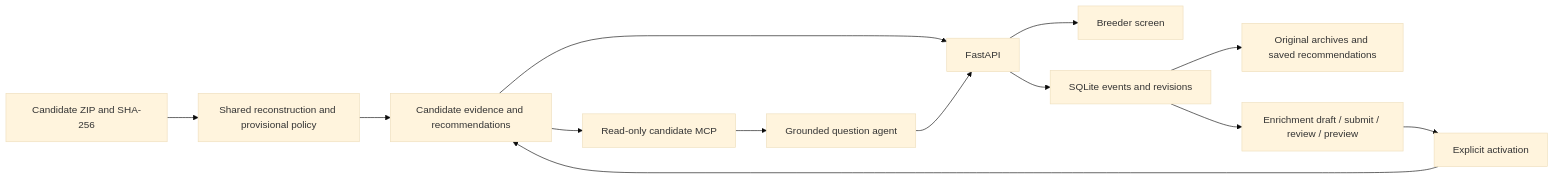
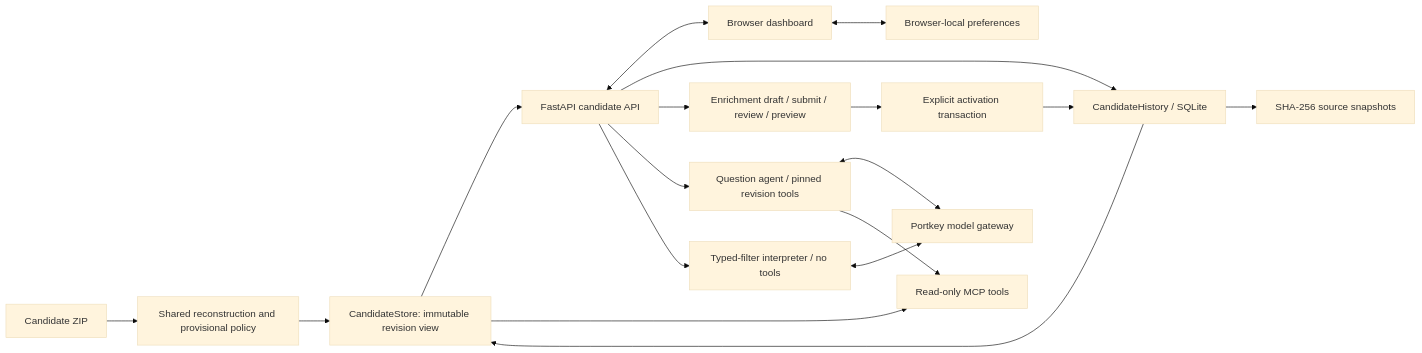
Before and after one commit to fullerharrison/2026_hatchworks-hakathon-team-4: the diagram in app/ARCHITECTURE.md, drawn with Mermaid (base theme). The commit also changed other lines of this file and 45 other files, not shown here.

Commit message:
Complete breeder review workflows and prepare private team handoff

````diff
--- a/app/ARCHITECTURE.md
+++ b/app/ARCHITECTURE.md
@@ -5,15 +7,20 @@
 ```mermaid
 flowchart LR
-    ZIP[Candidate ZIP and SHA-256] --> Core[Shared reconstruction and provisional policy]
-    Core --> Store[Candidate evidence and recommendations]
-    Store --> API[FastAPI]
-    Store --> MCP[Read-only candidate MCP]
-    API --> UI[Breeder screen]
-    MCP --> Agent[Grounded question agent]
-    Agent --> API
-    API --> DB[SQLite events and revisions]
-    DB --> Snapshots[Original archives and saved recommendations]
-    DB --> Review[Enrichment draft / submit / review / preview]
-    Review --> Activate[Explicit activation]
-    Activate --> Store
+    ZIP[Candidate ZIP] --> Core[Shared reconstruction and provisional policy]
+    Core --> Store[CandidateStore: immutable revision view]
+    Store --> API[FastAPI candidate API]
+    Store --> MCP[Read-only MCP tools]
+    API <--> UI[Browser dashboard]
+    UI <--> Prefs[Browser-local preferences]
+    API --> History[CandidateHistory / SQLite]
+    History --> Archives[SHA-256 source snapshots]
+    History --> Store
+    API --> Review[Enrichment draft / submit / review / preview]
+    Review --> Activate[Explicit activation transaction]
+    Activate --> History
+    API --> Ask[Question agent / pinned revision tools]
+    Ask <--> Gateway[Portkey model gateway]
+    Ask --> MCP
+    API --> Intent[Typed-filter interpreter / no tools]
+    Intent <--> Gateway
 ```
````
